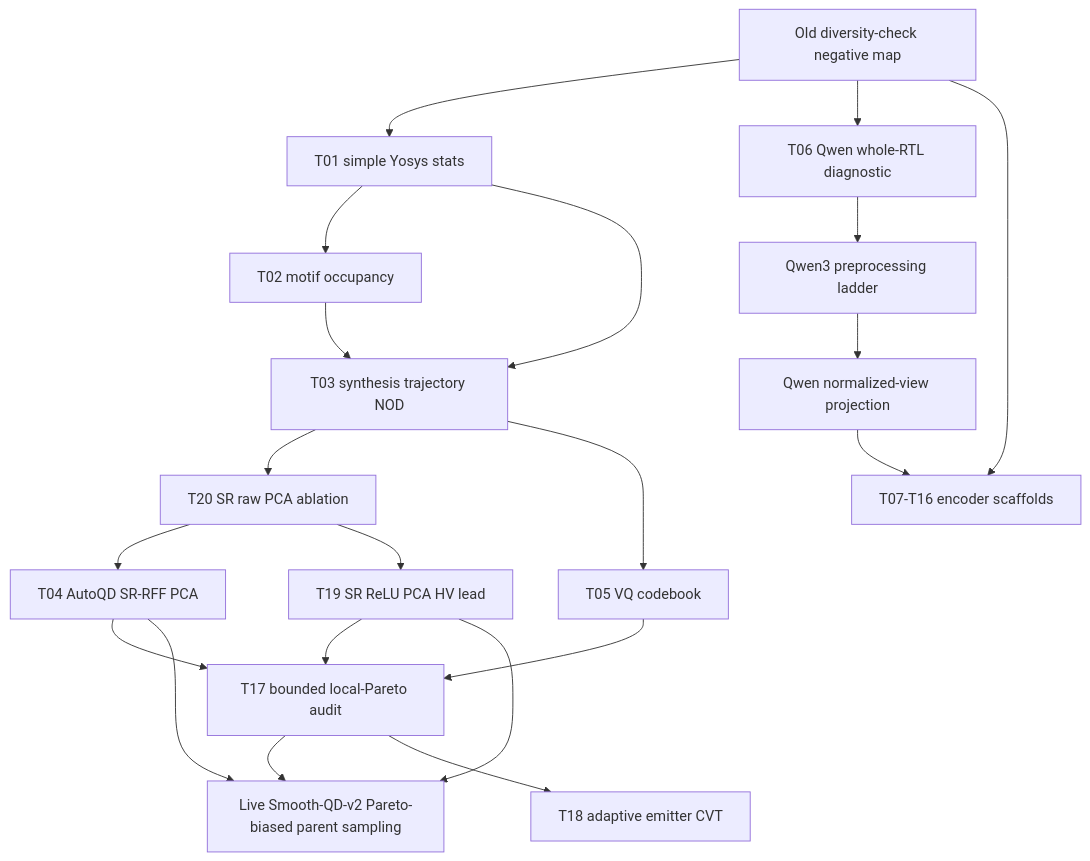
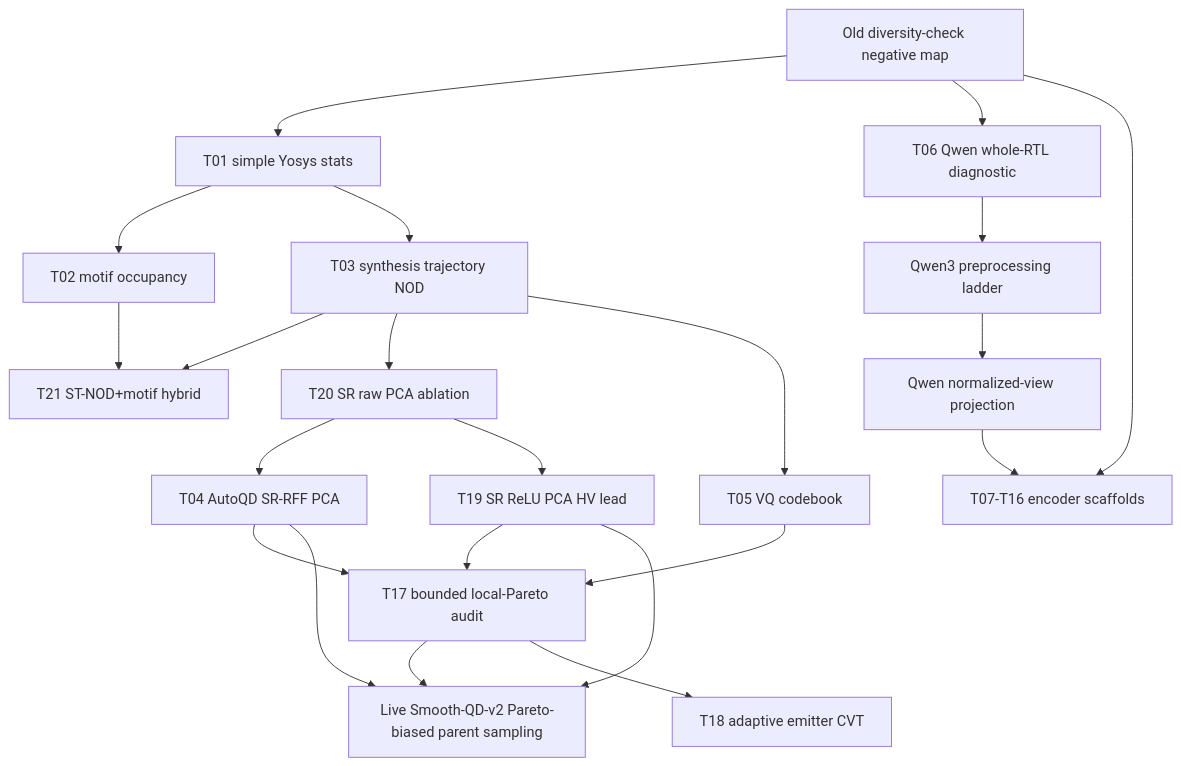
The diagram in docs/journal_features/revamp_history/20260622_010615_KST_useful_bd_push/technique_lanes.md (kmcho2019/REvolution), drawn with Mermaid before and after one commit. The commit also changed other lines of this file and 28 other files, not shown here.

First line of the commit message:
docs(diversity): Package ST-NOD motif

````diff
--- a/docs/journal_features/revamp_history/20260622_010615_KST_useful_bd_push/technique_lanes.md
+++ b/docs/journal_features/revamp_history/20260622_010615_KST_useful_bd_push/technique_lanes.md
@@ -22,25 +22,26 @@
 ```mermaid
 flowchart TD
   A[Old diversity-check negative map] --> B[T01 simple Yosys stats]
   B --> C[T02 motif occupancy]
   B --> D[T03 synthesis trajectory NOD]
-  C --> D
+  C --> P[T21 ST-NOD+motif hybrid]
+  D --> P
   D --> O[T20 SR raw PCA ablation]
   O --> E[T04 AutoQD SR-RFF PCA]
   D --> F[T05 VQ codebook]
   O --> N[T19 SR ReLU PCA HV lead]
   E --> G[T17 bounded local-Pareto audit]
   N --> G
   F --> G
   G --> H[Live Smooth-QD-v2 Pareto-biased parent sampling]
   E --> H
   N --> H
 
   A --> I[T06 Qwen whole-RTL diagnostic]
   I --> J[Qwen3 preprocessing ladder]
   J --> K[Qwen normalized-view projection]
 
   A --> L[T07-T16 encoder scaffolds]
   K --> L
   G --> M[T18 adaptive emitter CVT]
 ```
````
